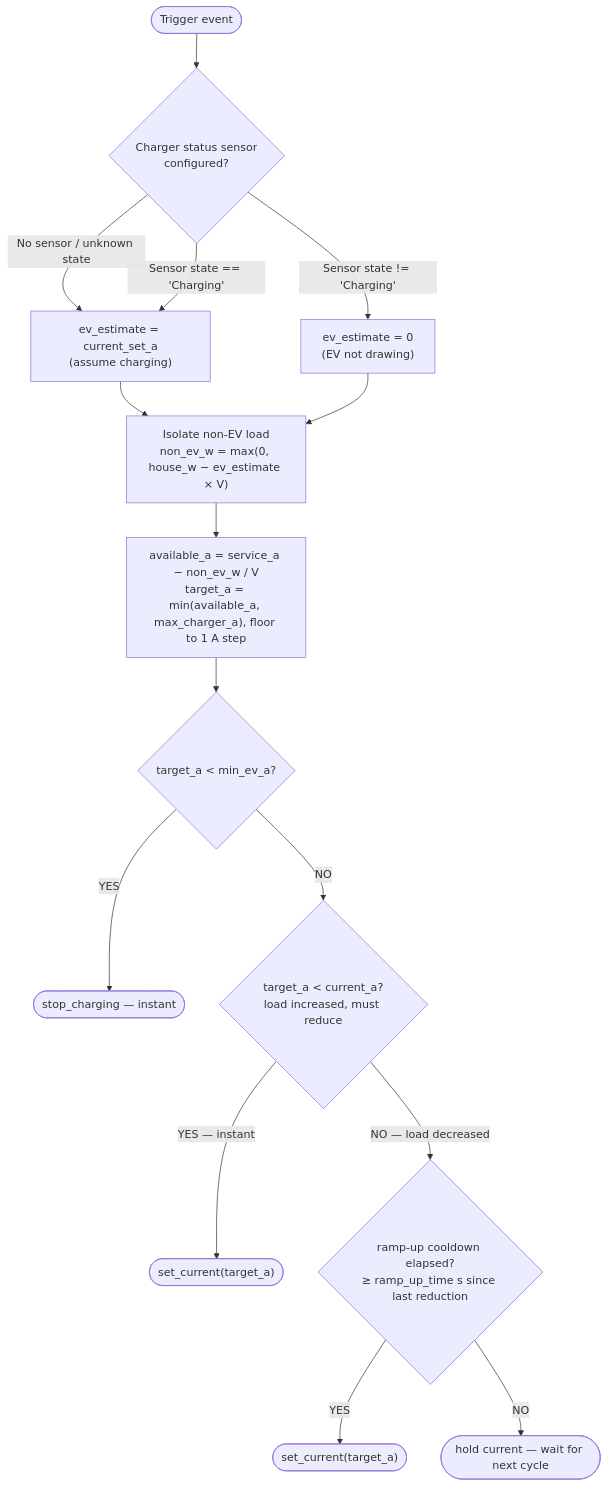
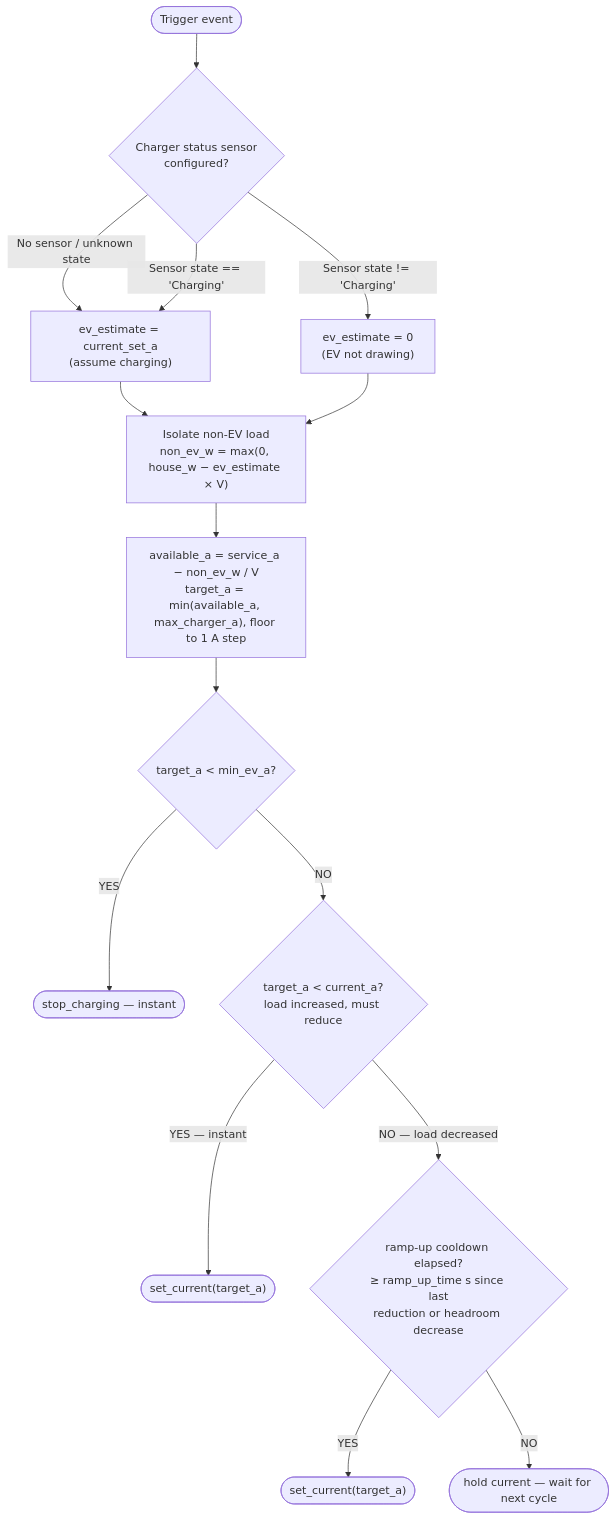
The first of 7 diagrams in docs/documentation/how-it-works.md (alexisml/ev-charger-load-balancing), drawn with Mermaid before and after one commit. The commit also changed other lines of this file and 4 other files, not shown here.

Commit message:
Add 7-step timelapse integration test with charger status sensor and extend ramp-up cooldown logic (#80)

````diff
--- a/docs/documentation/how-it-works.md
+++ b/docs/documentation/how-it-works.md
@@ -204,18 +205,18 @@
 ```mermaid
 flowchart TD
     A([Trigger event])
     A --> Z{"Charger status sensor\nconfigured?"}
     Z -- "No sensor / unknown state" --> ZA["ev_estimate = current_set_a\n(assume charging)"]
     Z -- "Sensor state == 'Charging'" --> ZA
     Z -- "Sensor state != 'Charging'" --> ZB["ev_estimate = 0\n(EV not drawing)"]
     ZA --> B["Isolate non-EV load<br/>non_ev_w = max(0, house_w − ev_estimate × V)"]
     ZB --> B
     B --> C["available_a = service_a − non_ev_w / V<br/>target_a = min(available_a, max_charger_a), floor to 1 A step"]
     C --> D{"target_a < min_ev_a?"}
     D -- YES --> E(["stop_charging — instant"])
     D -- NO --> F{"target_a < current_a?<br/>load increased, must reduce"}
     F -- "YES — instant" --> G(["set_current(target_a)"])
-    F -- "NO — load decreased" --> H{"ramp-up cooldown elapsed?<br/>≥ ramp_up_time s since last reduction"}
+    F -- "NO — load decreased" --> H{"ramp-up cooldown elapsed?<br/>≥ ramp_up_time s since last<br/>reduction or headroom decrease"}
     H -- "YES" --> I(["set_current(target_a)"])
     H -- "NO" --> J(["hold current — wait for next cycle"])
 ```
````
